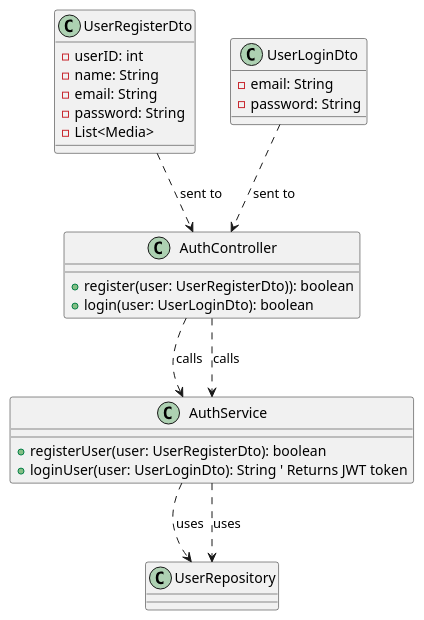
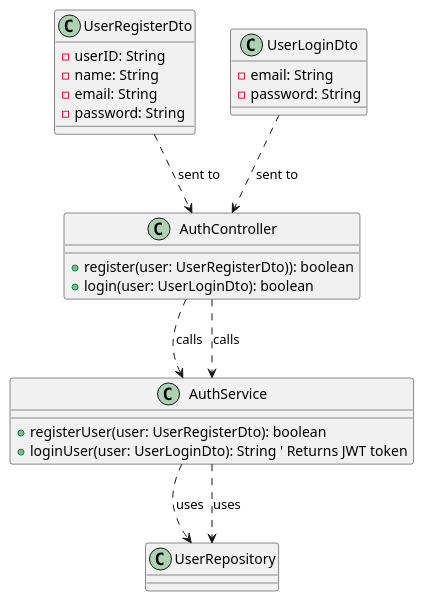
One commit to implaymo/Social-Media-Platform changed the diagram in Diagrams/US01/US_01_class_diagram.puml. Above: the diagram before and after it, drawn with PlantUML. The commit also changed 8 other files, not shown here.

```diff
--- a/Diagrams/US01/US_01_class_diagram.puml
+++ b/Diagrams/US01/US_01_class_diagram.puml
@@ -1,33 +1,32 @@
 @startuml
 class AuthService {
     + registerUser(user: UserRegisterDto): boolean
     + loginUser(user: UserLoginDto): String ' Returns JWT token
 }
 
 
 class AuthController {
     + register(user: UserRegisterDto)): boolean
     + login(user: UserLoginDto): boolean
 }
 
 class UserRegisterDto {
-    - userID: int
+    - userID: String
     - name: String
     - email: String
     - password: String
-    - List<Media>
 }
 
 class UserLoginDto {
     - email: String
     - password: String
 }
 
 UserLoginDto ..> AuthController : sent to
 AuthController ..> AuthService : calls
 AuthService ..> UserRepository : uses
 
 UserRegisterDto ..> AuthController : sent to
 AuthController ..> AuthService : calls
 AuthService ..> UserRepository : uses
 @enduml
```
